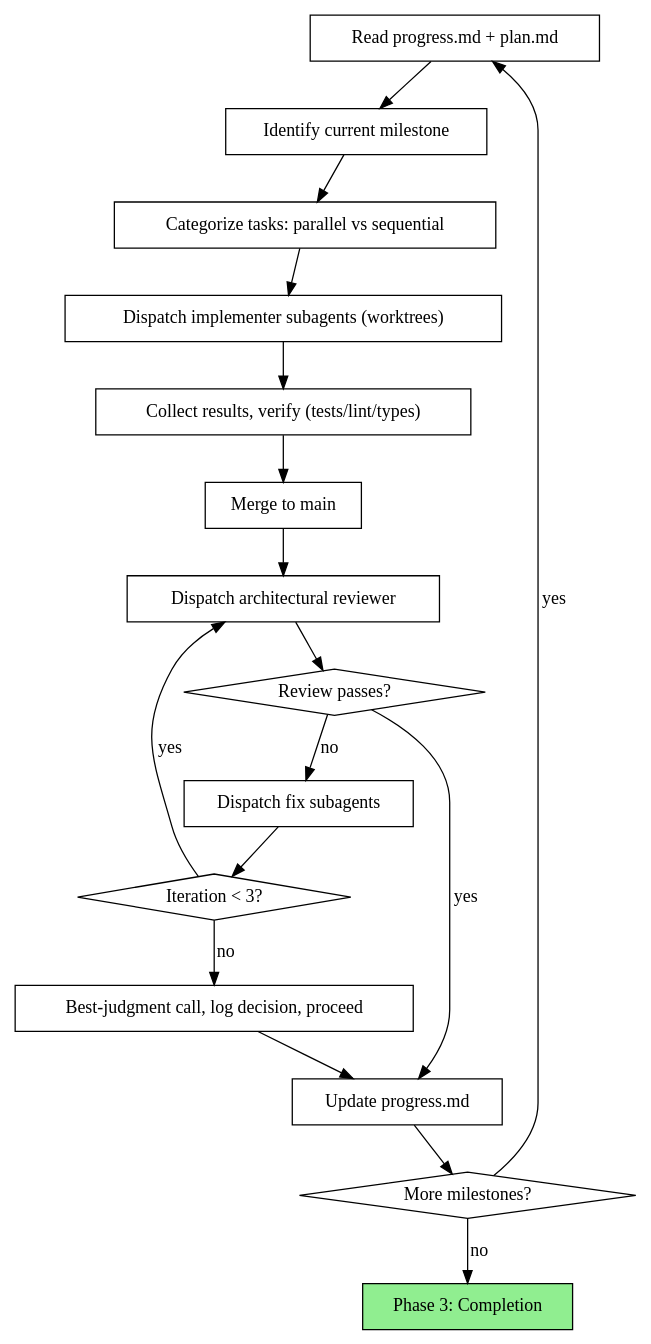
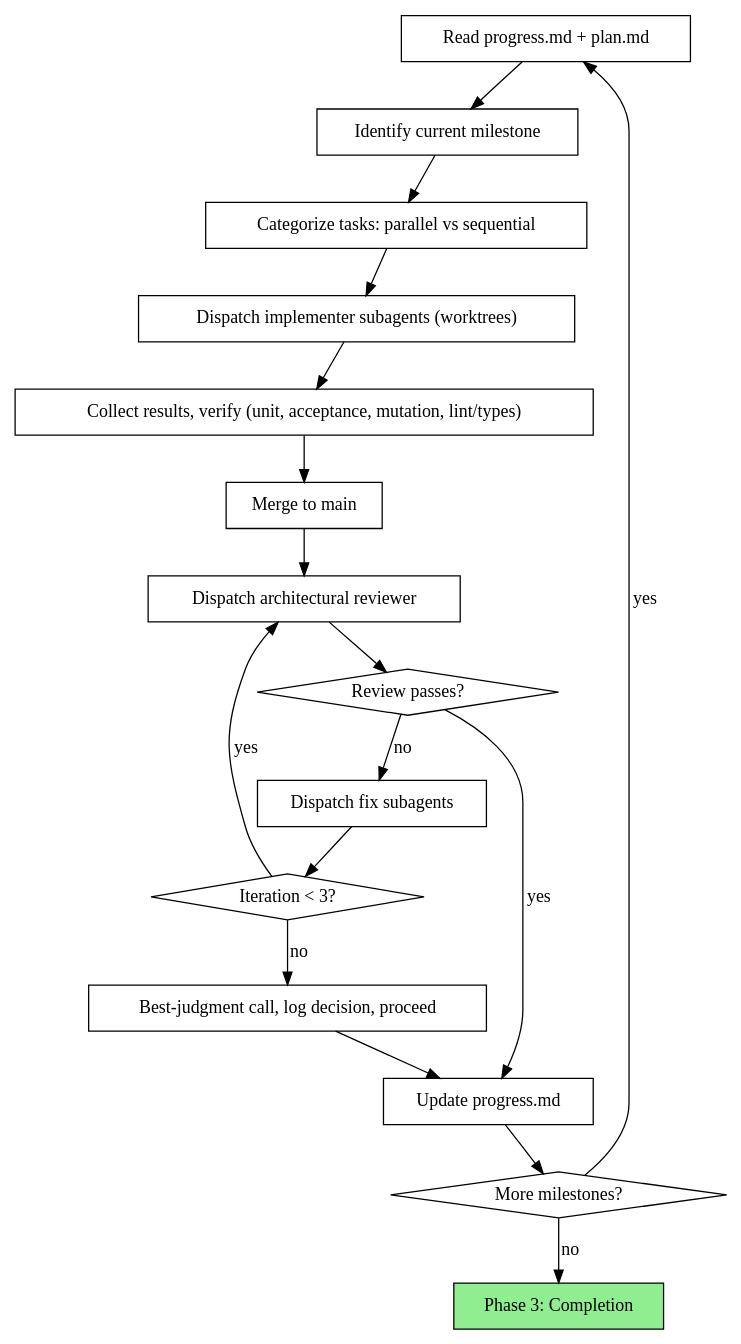
One commit to vadimcomanescu/agents-skills changed the second of 2 diagrams in skills/shepherd/SKILL.md. Above: the diagram before and after it, drawn with Graphviz. The commit also changed other lines of this file and 12 other files, not shown here.

Commit message:
Add Shepherd acceptance mutation gate

````diff
--- a/skills/shepherd/SKILL.md
+++ b/skills/shepherd/SKILL.md
@@ -127,37 +152,37 @@
 ```dot
 digraph orchestration {
     rankdir=TB;
 
     "Read progress.md + plan.md" [shape=box];
     "Identify current milestone" [shape=box];
     "Categorize tasks: parallel vs sequential" [shape=box];
     "Dispatch implementer subagents (worktrees)" [shape=box];
-    "Collect results, verify (tests/lint/types)" [shape=box];
+    "Collect results, verify (unit, acceptance, mutation, lint/types)" [shape=box];
     "Merge to main" [shape=box];
     "Dispatch architectural reviewer" [shape=box];
     "Review passes?" [shape=diamond];
     "Dispatch fix subagents" [shape=box];
     "Iteration < 3?" [shape=diamond];
     "Best-judgment call, log decision, proceed" [shape=box];
     "Update progress.md" [shape=box];
     "More milestones?" [shape=diamond];
     "Phase 3: Completion" [shape=box style=filled fillcolor=lightgreen];
 
     "Read progress.md + plan.md" -> "Identify current milestone";
     "Identify current milestone" -> "Categorize tasks: parallel vs sequential";
     "Categorize tasks: parallel vs sequential" -> "Dispatch implementer subagents (worktrees)";
-    "Dispatch implementer subagents (worktrees)" -> "Collect results, verify (tests/lint/types)";
-    "Collect results, verify (tests/lint/types)" -> "Merge to main";
+    "Dispatch implementer subagents (worktrees)" -> "Collect results, verify (unit, acceptance, mutation, lint/types)";
+    "Collect results, verify (unit, acceptance, mutation, lint/types)" -> "Merge to main";
     "Merge to main" -> "Dispatch architectural reviewer";
     "Dispatch architectural reviewer" -> "Review passes?";
     "Review passes?" -> "Update progress.md" [label="yes"];
     "Review passes?" -> "Dispatch fix subagents" [label="no"];
     "Dispatch fix subagents" -> "Iteration < 3?";
     "Iteration < 3?" -> "Dispatch architectural reviewer" [label="yes"];
     "Iteration < 3?" -> "Best-judgment call, log decision, proceed" [label="no"];
     "Best-judgment call, log decision, proceed" -> "Update progress.md";
     "Update progress.md" -> "More milestones?";
     "More milestones?" -> "Read progress.md + plan.md" [label="yes"];
     "More milestones?" -> "Phase 3: Completion" [label="no"];
 }
 ```
````
